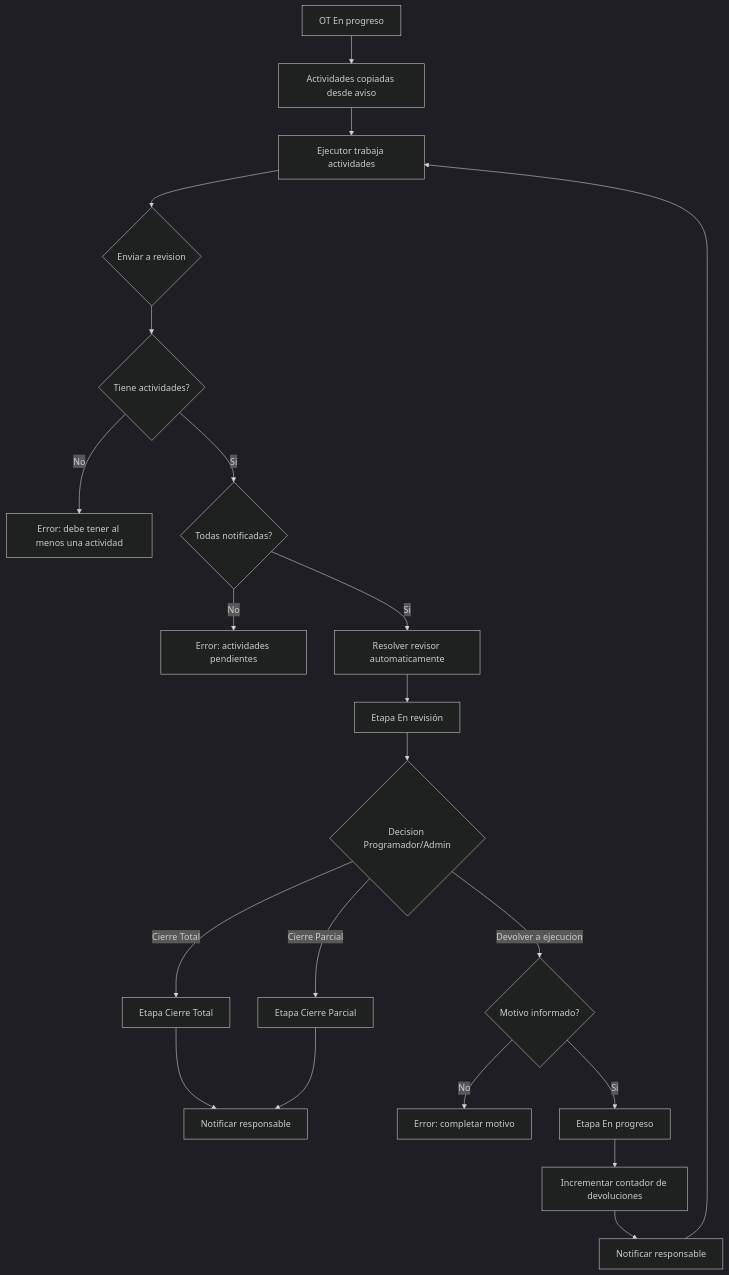
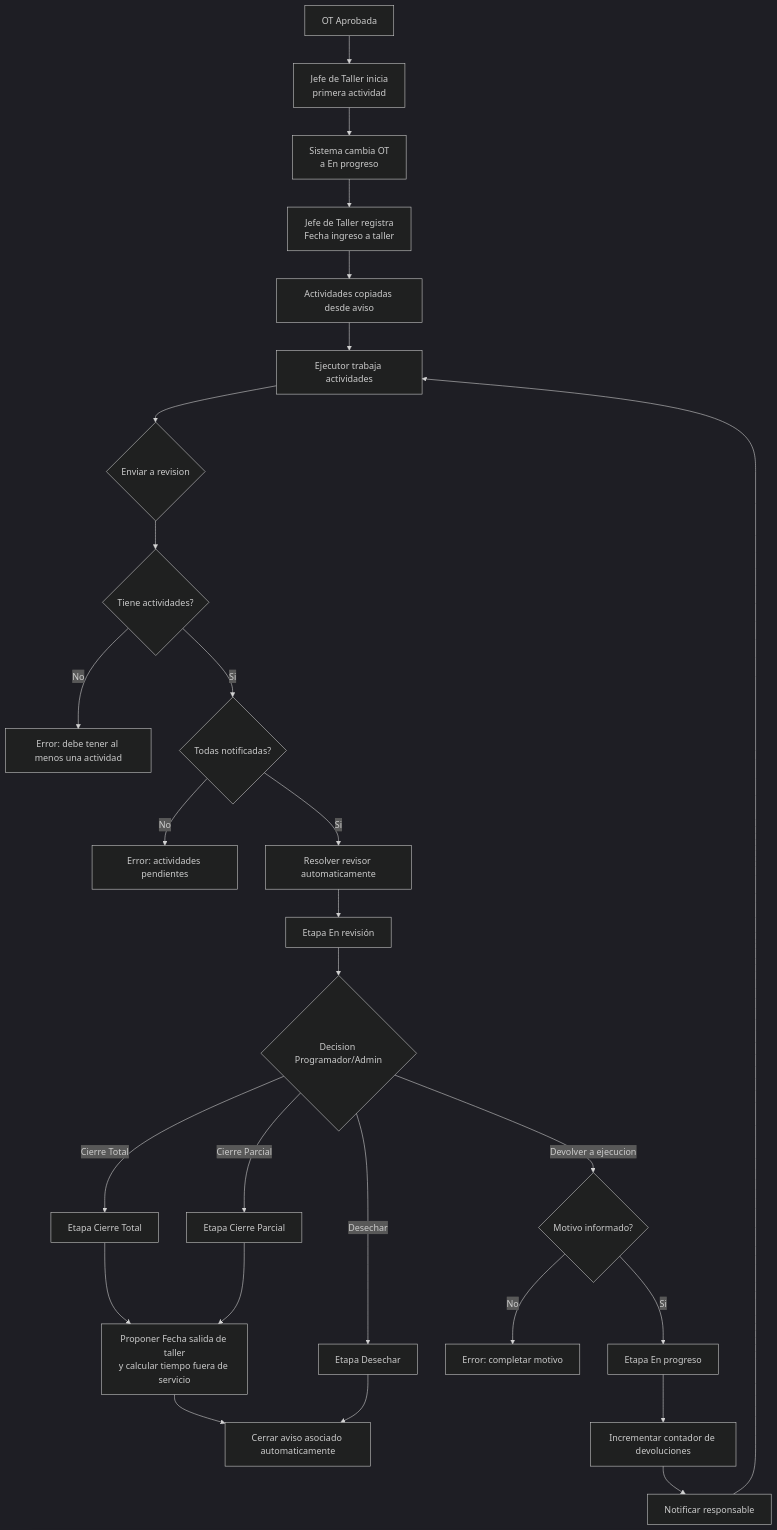
Before and after one commit to lbadilla2021/zmm_ajustes: the sixth of 9 diagrams in docs_codex/diagramas_macro_por_tramo_mantenimiento.md, drawn with Mermaid (dark theme). The commit also changed other lines of this file and 29 other files, not shown here.

````diff
--- a/docs_codex/diagramas_macro_por_tramo_mantenimiento.md
+++ b/docs_codex/diagramas_macro_por_tramo_mantenimiento.md
@@ -170,23 +172,29 @@
 ```mermaid
 flowchart TD
-    A["OT En progreso"] --> B["Actividades copiadas desde aviso"]
+    A["OT Aprobada"] --> A0["Jefe de Taller inicia<br/>primera actividad"]
+    A0 --> A01["Sistema cambia OT<br/>a En progreso"]
+    A01 --> A1["Jefe de Taller registra<br/>Fecha ingreso a taller"]
+    A1 --> B["Actividades copiadas desde aviso"]
     B --> C["Ejecutor trabaja actividades"]
     C --> D{"Enviar a revision"}
     D --> E{"Tiene actividades?"}
     E -->|No| E1["Error: debe tener al menos una actividad"]
     E -->|Si| F{"Todas notificadas?"}
     F -->|No| F1["Error: actividades pendientes"]
     F -->|Si| G["Resolver revisor automaticamente"]
     G --> H["Etapa En revisión"]
     H --> I{"Decision Programador/Admin"}
     I -->|Cierre Total| J["Etapa Cierre Total"]
     I -->|Cierre Parcial| J2["Etapa Cierre Parcial"]
-    J --> K["Notificar responsable"]
+    I -->|Desechar| J3["Etapa Desechar"]
+    J --> K["Proponer Fecha salida de taller<br/>y calcular tiempo fuera de servicio"]
     J2 --> K
+    K --> K2["Cerrar aviso asociado automaticamente"]
+    J3 --> K2
     I -->|Devolver a ejecucion| L{"Motivo informado?"}
     L -->|No| L1["Error: completar motivo"]
     L -->|Si| M["Etapa En progreso"]
     M --> N["Incrementar contador de devoluciones"]
     N --> O["Notificar responsable"]
     O --> C
 ```
````
